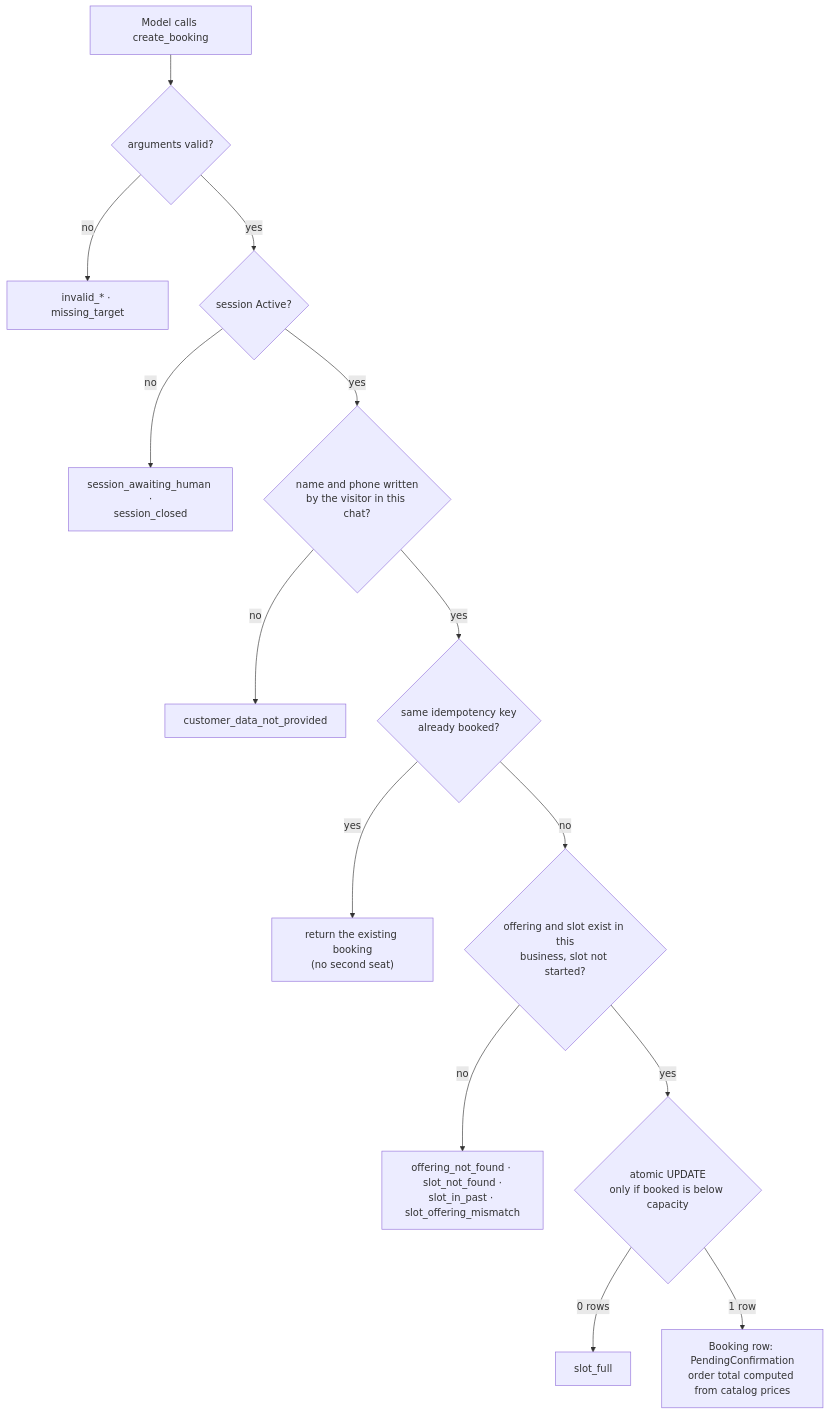
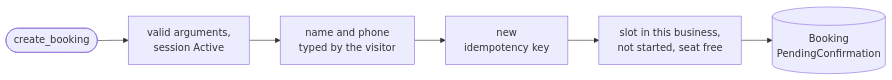
One commit to agustinrojas1/ai-chatbot-dotnet-react changed the fifth of 5 diagrams in README.md. Above: the diagram before and after it, drawn with Mermaid. The commit also changed other lines of this file, not shown here.

Commit message:
README: readable diagrams (vertical overview, RAG in two rows, booking checks with refusal table)

````diff
--- a/README.md
+++ b/README.md
@@ -160,16 +150,4 @@
 ```mermaid
-flowchart TB
-  M["Model calls create_booking"] --> A{"arguments valid?"}
-  A -- no --> RA["invalid_* · missing_target"]
-  A -- yes --> S{"session Active?"}
-  S -- no --> RS["session_awaiting_human ·<br/>session_closed"]
-  S -- yes --> C{"name and phone written<br/>by the visitor in this chat?"}
-  C -- no --> RC["customer_data_not_provided"]
-  C -- yes --> K{"same idempotency key<br/>already booked?"}
-  K -- yes --> EX["return the existing booking<br/>(no second seat)"]
-  K -- no --> V{"offering and slot exist in this<br/>business, slot not started?"}
-  V -- no --> RV["offering_not_found · slot_not_found ·<br/>slot_in_past · slot_offering_mismatch"]
-  V -- yes --> U{"atomic UPDATE<br/>only if booked is below capacity"}
-  U -- "0 rows" --> RF["slot_full"]
-  U -- "1 row" --> OK["Booking row: PendingConfirmation<br/>order total computed from catalog prices"]
+flowchart LR
+  M(["create_booking"]) --> C1["valid arguments,<br/>session Active"] --> C2["name and phone<br/>typed by the visitor"] --> C3["new<br/>idempotency key"] --> C4["slot in this business,<br/>not started, seat free"] --> OK[("Booking<br/>PendingConfirmation")]
 ```
````
